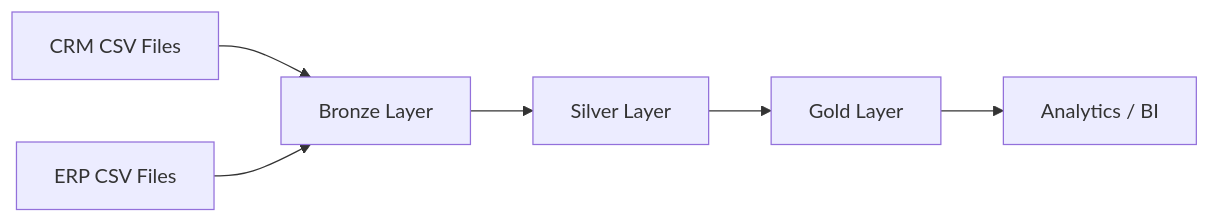
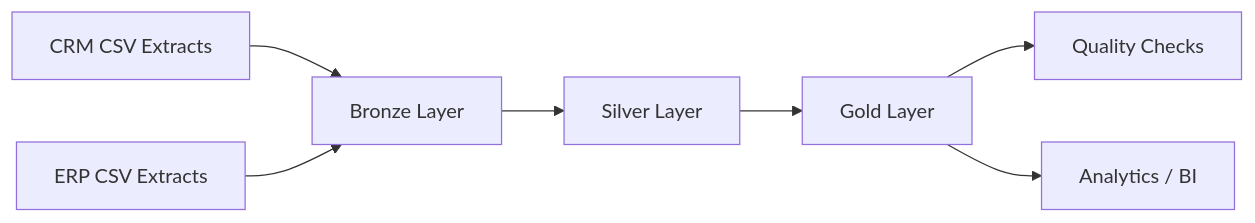
The first of 2 diagrams in README.md (contactmuhmdelndaf/data-warehouse-sql-server), drawn with Mermaid before and after one commit. The commit also changed other lines of this file, not shown here.

````diff
--- a/README.md
+++ b/README.md
@@ -9,8 +25,9 @@
 ```mermaid
 flowchart LR
-    A[CRM CSV Files] --> B[Bronze Layer]
-    C[ERP CSV Files] --> B
-    B --> D[Silver Layer]
-    D --> E[Gold Layer]
-    E --> F[Analytics / BI]
+    CRM[CRM CSV Extracts] --> B[Bronze Layer]
+    ERP[ERP CSV Extracts] --> B
+    B --> S[Silver Layer]
+    S --> G[Gold Layer]
+    G --> Q[Quality Checks]
+    G --> A[Analytics / BI]
 ```
````
